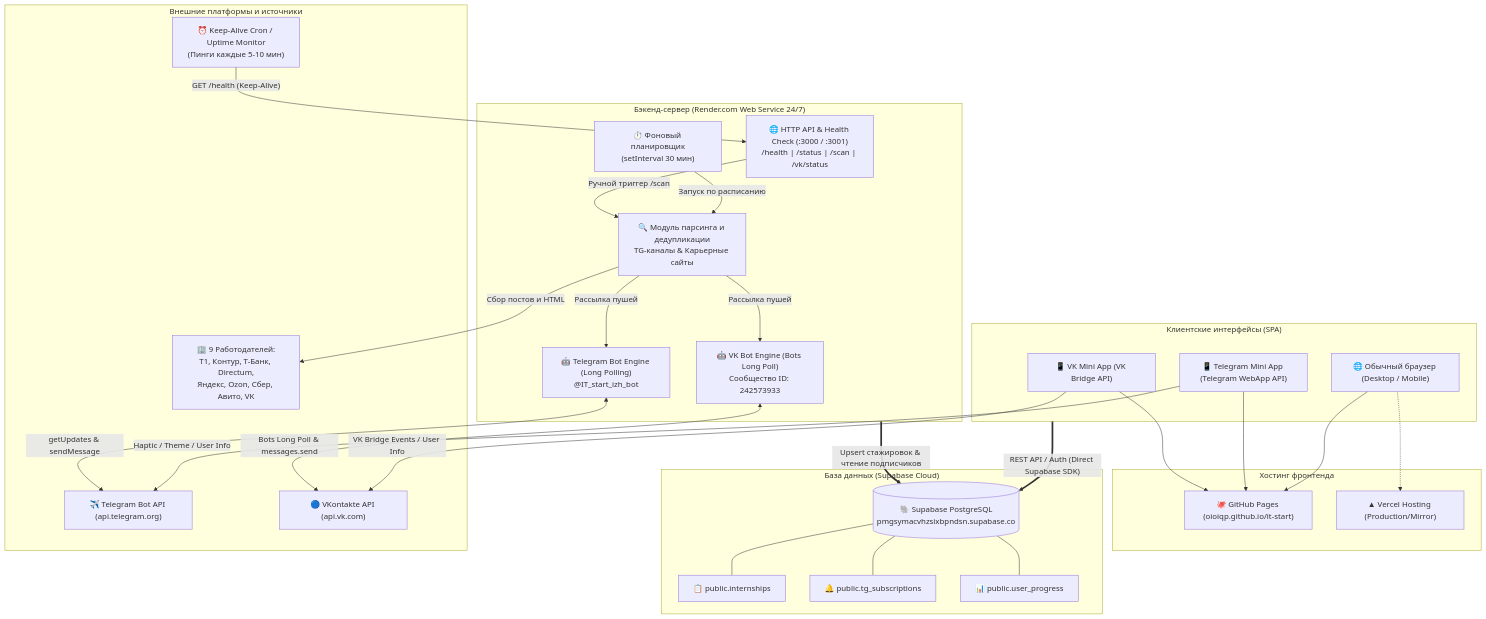
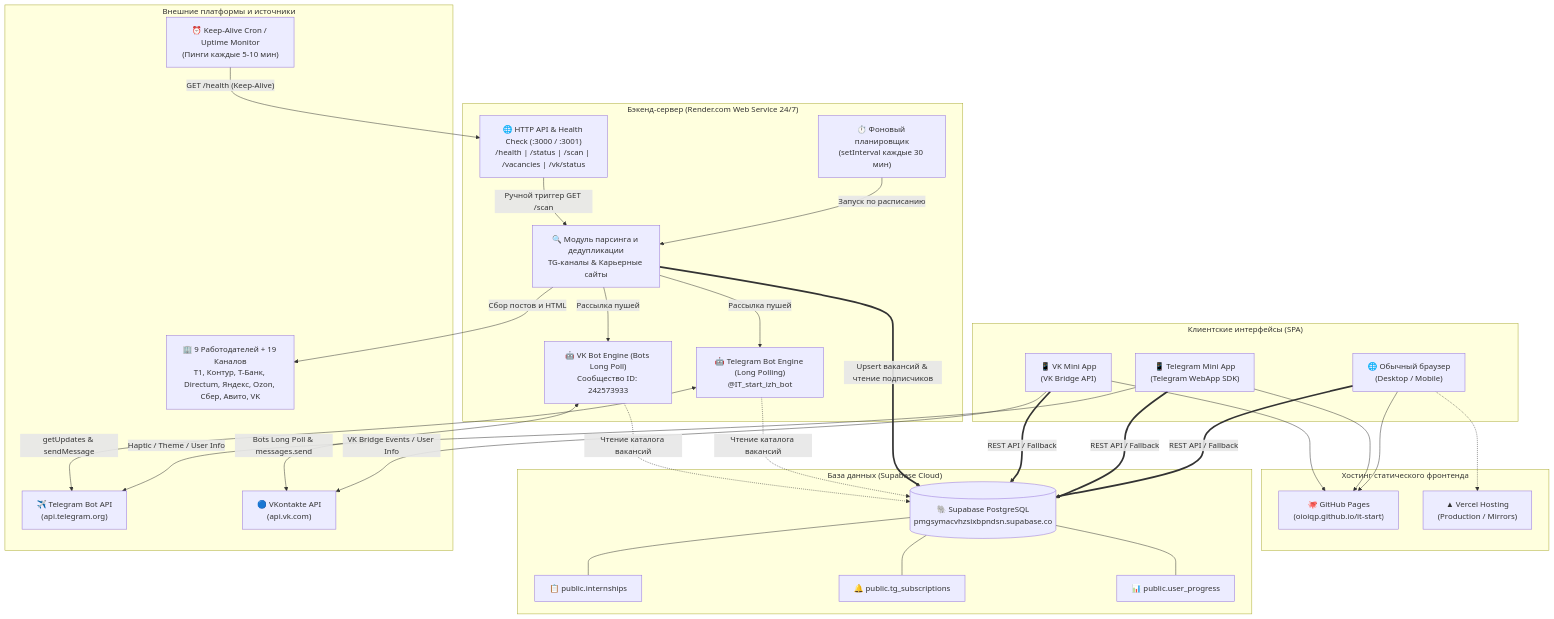
One commit to oioiqp/it-start changed the diagram in ARCHITECTURE.md. Above: the diagram before and after it, drawn with Mermaid. The commit also changed other lines of this file and 2 other files, not shown here.

Commit message:
docs: уточнение технической архитектуры и добавление конфигурации Vercel

````diff
--- a/ARCHITECTURE.md
+++ b/ARCHITECTURE.md
@@ -36,68 +36,72 @@
 ```mermaid
 flowchart TB
     subgraph Clients["Клиентские интерфейсы (SPA)"]
-        WebBrowser["🌐 Обычный браузер (Desktop / Mobile)"]
-        TGApp["📱 Telegram Mini App (Telegram WebApp API)"]
-        VKApp["📱 VK Mini App (VK Bridge API)"]
+        WebBrowser["🌐 Обычный браузер<br/>(Desktop / Mobile)"]
+        TGApp["📱 Telegram Mini App<br/>(Telegram WebApp SDK)"]
+        VKApp["📱 VK Mini App<br/>(VK Bridge API)"]
     end
 
-    subgraph Hosting["Хостинг фронтенда"]
-        GH["🐙 GitHub Pages (oioiqp.github.io/it-start)"]
-        Vercel["▲ Vercel Hosting (Production/Mirror)"]
+    subgraph Hosting["Хостинг статического фронтенда"]
+        GH["🐙 GitHub Pages<br/>(oioiqp.github.io/it-start)"]
+        VercelHost["▲ Vercel Hosting<br/>(Production / Mirrors)"]
     end
 
     subgraph Database["База данных (Supabase Cloud)"]
-        Supa[("🐘 Supabase PostgreSQL\npmgsymacvhzsixbpndsn.supabase.co")]
+        Supa[("🐘 Supabase PostgreSQL<br/>pmgsymacvhzsixbpndsn.supabase.co")]
         T_Internships["📋 public.internships"]
         T_Subs["🔔 public.tg_subscriptions"]
         T_Progress["📊 public.user_progress"]
         Supa --- T_Internships
         Supa --- T_Subs
         Supa --- T_Progress
     end
 
     subgraph Backend["Бэкенд-сервер (Render.com Web Service 24/7)"]
-        HTTPServer["🌐 HTTP API & Health Check (:3000 / :3001)\n/health | /status | /scan | /vk/status"]
-        Scheduler["⏱️ Фоновый планировщик\n(setInterval 30 мин)"]
-        ParserCore["🔍 Модуль парсинга и дедупликации\nTG-каналы & Карьерные сайты"]
-        TGBotModule["🤖 Telegram Bot Engine (Long Polling)\n@IT_start_izh_bot"]
-        VKBotModule["🤖 VK Bot Engine (Bots Long Poll)\nСообщество ID: 242573933"]
+        HTTPServer["🌐 HTTP API & Health Check (:3000 / :3001)<br/>/health | /status | /scan | /vacancies | /vk/status"]
+        Scheduler["⏱️ Фоновый планировщик<br/>(setInterval каждые 30 мин)"]
+        ParserCore["🔍 Модуль парсинга и дедупликации<br/>TG-каналы & Карьерные сайты"]
+        TGBotModule["🤖 Telegram Bot Engine (Long Polling)<br/>@IT_start_izh_bot"]
+        VKBotModule["🤖 VK Bot Engine (Bots Long Poll)<br/>Сообщество ID: 242573933"]
     end
 
     subgraph ExternalServices["Внешние платформы и источники"]
-        TGApi["✈️ Telegram Bot API (api.telegram.org)"]
-        VKApi["🔵 VKontakte API (api.vk.com)"]
-        TargetEmployers["🏢 9 Работодателей:\nТ1, Контур, Т-Банк, Directum,\nЯндекс, Ozon, Сбер, Авито, VK"]
-        UptimePinger["⏰ Keep-Alive Cron / Uptime Monitor\n(Пинги каждые 5-10 мин)"]
+        TGApi["✈️ Telegram Bot API<br/>(api.telegram.org)"]
+        VKApi["🔵 VKontakte API<br/>(api.vk.com)"]
+        TargetEmployers["🏢 9 Работодателей + 19 Каналов<br/>Т1, Контур, Т-Банк, Directum, Яндекс, Ozon, Сбер, Авито, VK"]
+        UptimePinger["⏰ Keep-Alive Cron / Uptime Monitor<br/>(Пинги каждые 5-10 мин)"]
     end
 
-    %% Взаимодействия клиентов и хостинга
+    %% Клиенты и хостинг
     WebBrowser --> GH
-    WebBrowser -.-> Vercel
+    WebBrowser -.-> VercelHost
     TGApp --> GH
     VKApp --> GH
 
     %% Клиенты и Supabase
-    Clients ==>|"REST API / Auth (Direct Supabase SDK)"| Supa
+    WebBrowser ==>|"REST API / Fallback"| Supa
+    TGApp ==>|"REST API / Fallback"| Supa
+    VKApp ==>|"REST API / Fallback"| Supa
 
-    %% Клиенты и платформенные API
+    %% Клиенты и SDK платформ
     TGApp -->|"Haptic / Theme / User Info"| TGApi
     VKApp -->|"VK Bridge Events / User Info"| VKApi
 
     %% Бэкенд и Supabase
-    Backend ==>|"Upsert стажировок & чтение подписчиков"| Supa
+    ParserCore ==>|"Upsert вакансий & чтение подписчиков"| Supa
+    TGBotModule -.->|"Чтение каталога вакансий"| Supa
+    VKBotModule -.->|"Чтение каталога вакансий"| Supa
 
     %% Бэкенд и внешние боты
     TGBotModule <-->|"getUpdates & sendMessage"| TGApi
     VKBotModule <-->|"Bots Long Poll & messages.send"| VKApi
 
     %% Парсер и внешние источники
     Scheduler -->|"Запуск по расписанию"| ParserCore
-    HTTPServer -->|"Ручной триггер /scan"| ParserCore
+    HTTPServer -->|"Ручной триггер GET /scan"| ParserCore
     ParserCore -->|"Сбор постов и HTML"| TargetEmployers
     ParserCore -->|"Рассылка пушей"| TGBotModule
     ParserCore -->|"Рассылка пушей"| VKBotModule
 
     %% Автопробуждение
     UptimePinger -->|"GET /health (Keep-Alive)"| HTTPServer
 ```
````
